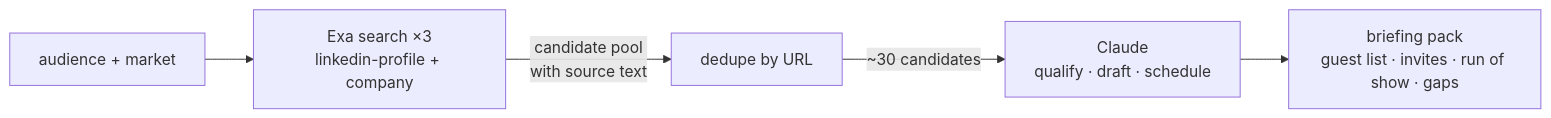
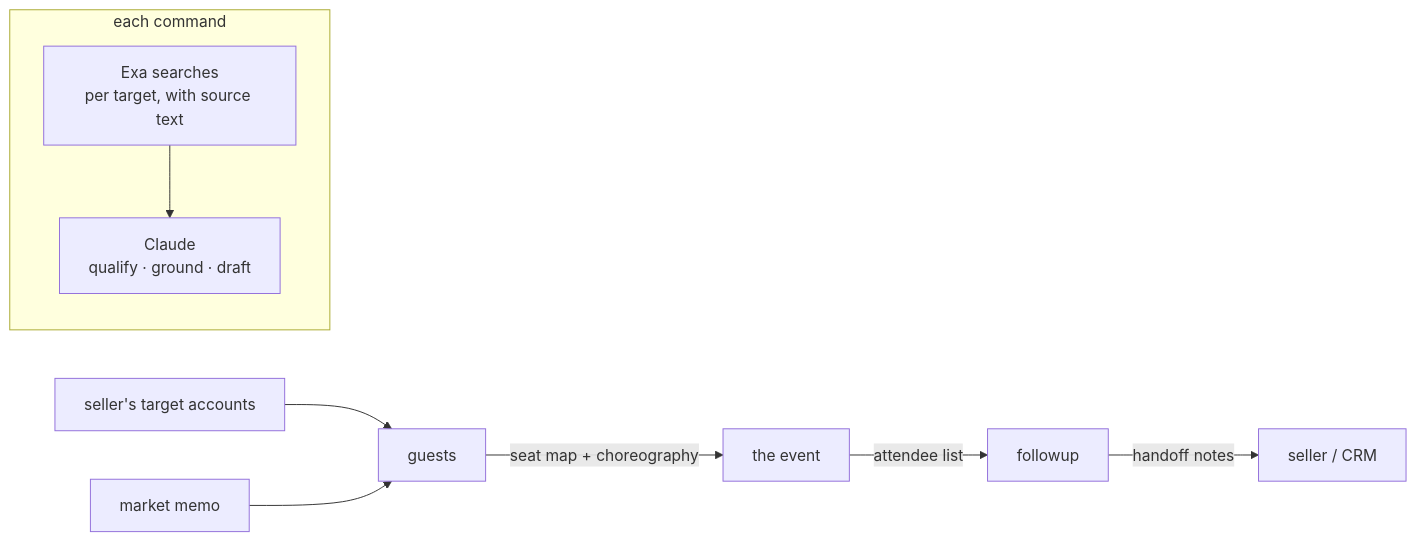
Before and after one commit to b1rdmania/field-agent: the diagram in README.md, drawn with Mermaid. The commit also changed other lines of this file and 3 other files, not shown here.

Commit message:
widen to the full field-marketing loop: market, guests, dinner, followup

````diff
--- a/README.md
+++ b/README.md
@@ -14,7 +23,11 @@
 ```mermaid
 flowchart LR
-    A["audience + market"] --> B["Exa search ×3\nlinkedin-profile + company"]
-    B -- "candidate pool\nwith source text" --> C["dedupe by URL"]
-    C -- "~30 candidates" --> D["Claude\nqualify · draft · schedule"]
-    D --> E["briefing pack\nguest list · invites · run of show · gaps"]
+    S["seller's target accounts"] --> G["guests"]
+    M["market memo"] --> G
+    G -- "seat map + choreography" --> E["the event"]
+    E -- "attendee list" --> F["followup"]
+    F -- "handoff notes" --> CRM["seller / CRM"]
+    subgraph each command
+        X["Exa searches\nper target, with source text"] --> Y["Claude\nqualify · ground · draft"]
+    end
 ```
````
